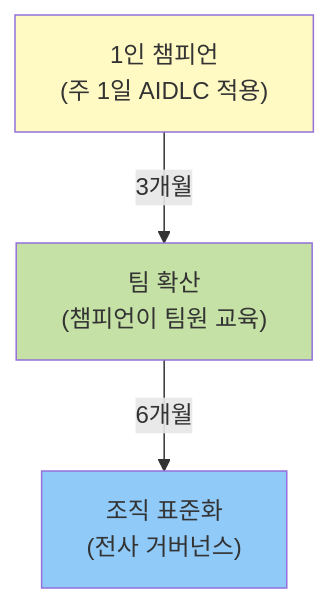
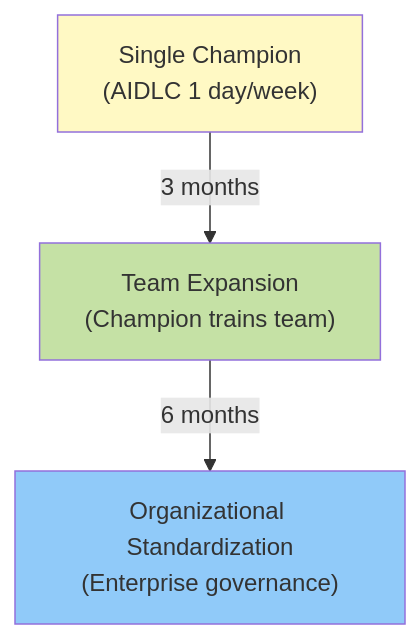
The fourth of 4 diagrams in docs/aidlc/enterprise/adoption-strategy.md (devfloor9/engineering-playbook), drawn with Mermaid before and after one commit. The commit also changed other lines of this file and 954 other files, not shown here.

````diff
--- a/docs/aidlc/enterprise/adoption-strategy.md
+++ b/docs/aidlc/enterprise/adoption-strategy.md
@@ -219,13 +219,13 @@
 ```mermaid
 graph TD
-    Champion["1인 챔피언<br/>(주 1일 AIDLC 적용)"]
-    Team["팀 확산<br/>(챔피언이 팀원 교육)"]
-    Org["조직 표준화<br/>(전사 거버넌스)"]
+    Champion["Single Champion<br/>(AIDLC 1 day/week)"]
+    Team["Team Expansion<br/>(Champion trains team)"]
+    Org["Organizational Standardization<br/>(Enterprise governance)"]
 
-    Champion -->|3개월| Team
-    Team -->|6개월| Org
+    Champion -->|3 months| Team
+    Team -->|6 months| Org
 
     style Champion fill:#fff9c4
     style Team fill:#c5e1a5
     style Org fill:#90caf9
 ```
````
